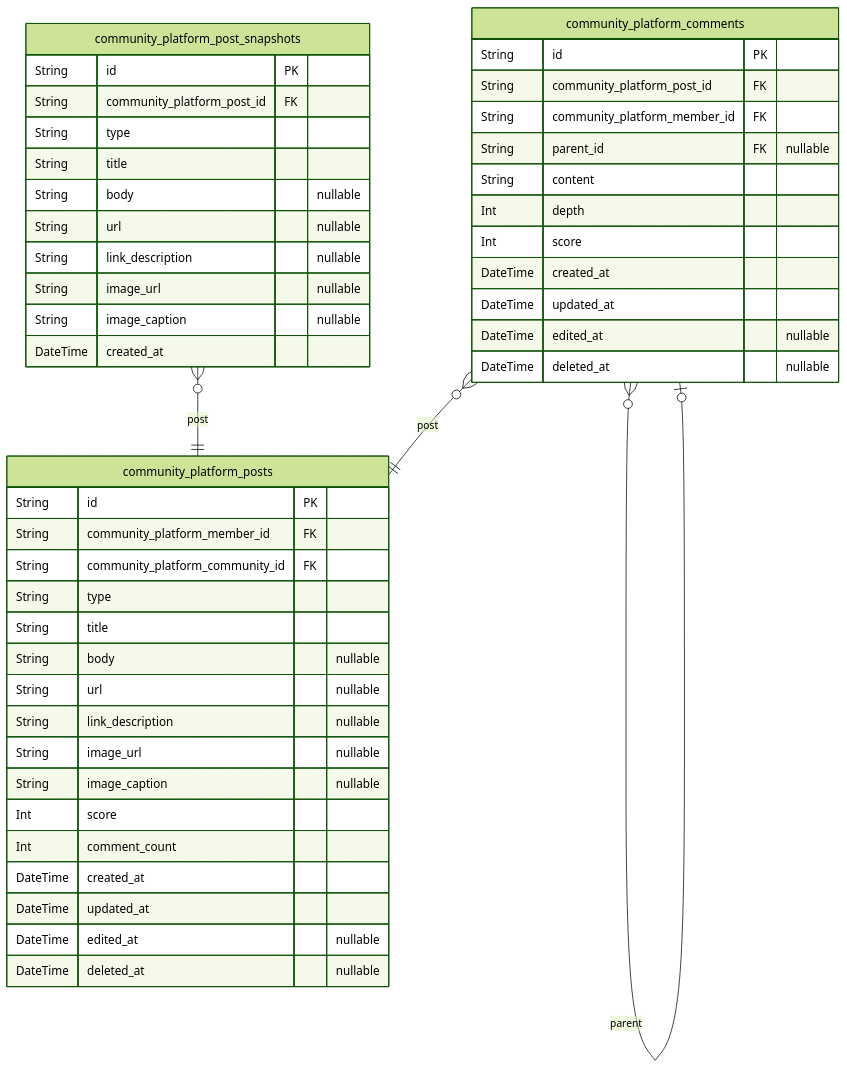
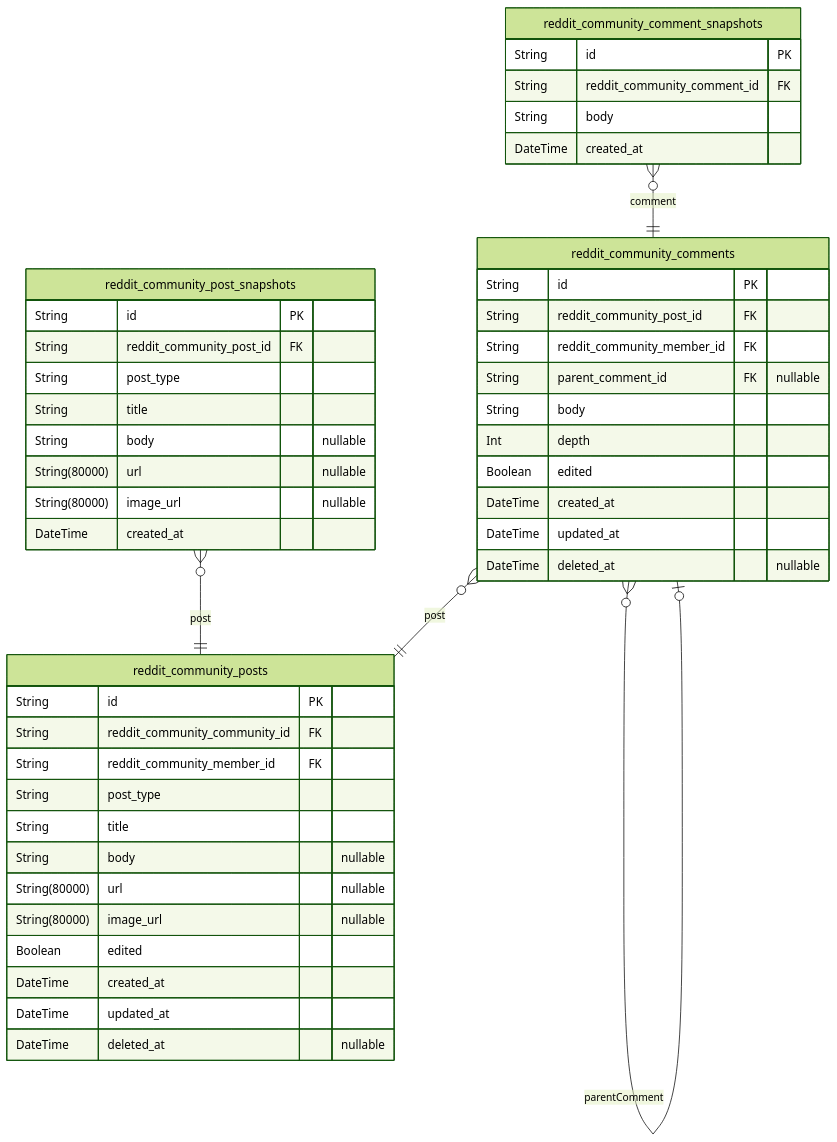
One commit to wrtnlabs/autobe-examples changed the third of 6 diagrams in anthropic/claude-sonnet-4.5/reddit/docs/ERD.md. Above: the diagram before and after it, drawn with Mermaid (forest theme). The commit also changed other lines of this file and 22498 other files, not shown here.

````diff
--- a/anthropic/claude-sonnet-4.5/reddit/docs/ERD.md
+++ b/anthropic/claude-sonnet-4.5/reddit/docs/ERD.md
@@ -624,49 +584,49 @@
 ```mermaid
 erDiagram
-"community_platform_posts" {
+"reddit_community_posts" {
   String id PK
-  String community_platform_member_id FK
-  String community_platform_community_id FK
-  String type
+  String reddit_community_community_id FK
+  String reddit_community_member_id FK
+  String post_type
   String title
   String body "nullable"
-  String url "nullable"
-  String link_description "nullable"
-  String image_url "nullable"
-  String image_caption "nullable"
-  Int score
-  Int comment_count
+  String(80000) url "nullable"
+  String(80000) image_url "nullable"
+  Boolean edited
   DateTime created_at
   DateTime updated_at
-  DateTime edited_at "nullable"
   DateTime deleted_at "nullable"
 }
-"community_platform_post_snapshots" {
+"reddit_community_post_snapshots" {
   String id PK
-  String community_platform_post_id FK
-  String type
+  String reddit_community_post_id FK
+  String post_type
   String title
   String body "nullable"
-  String url "nullable"
-  String link_description "nullable"
-  String image_url "nullable"
-  String image_caption "nullable"
+  String(80000) url "nullable"
+  String(80000) image_url "nullable"
   DateTime created_at
 }
-"community_platform_comments" {
+"reddit_community_comments" {
   String id PK
-  String community_platform_post_id FK
-  String community_platform_member_id FK
-  String parent_id FK "nullable"
-  String content
+  String reddit_community_post_id FK
+  String reddit_community_member_id FK
+  String parent_comment_id FK "nullable"
+  String body
   Int depth
-  Int score
+  Boolean edited
   DateTime created_at
   DateTime updated_at
-  DateTime edited_at "nullable"
   DateTime deleted_at "nullable"
 }
-"community_platform_post_snapshots" }o--|| "community_platform_posts" : post
-"community_platform_comments" }o--|| "community_platform_posts" : post
-"community_platform_comments" }o--o| "community_platform_comments" : parent
+"reddit_community_comment_snapshots" {
+  String id PK
+  String reddit_community_comment_id FK
+  String body
+  DateTime created_at
+}
+"reddit_community_post_snapshots" }o--|| "reddit_community_posts" : post
+"reddit_community_comments" }o--|| "reddit_community_posts" : post
+"reddit_community_comments" }o--o| "reddit_community_comments" : parentComment
+"reddit_community_comment_snapshots" }o--|| "reddit_community_comments" : comment
 ```
````
